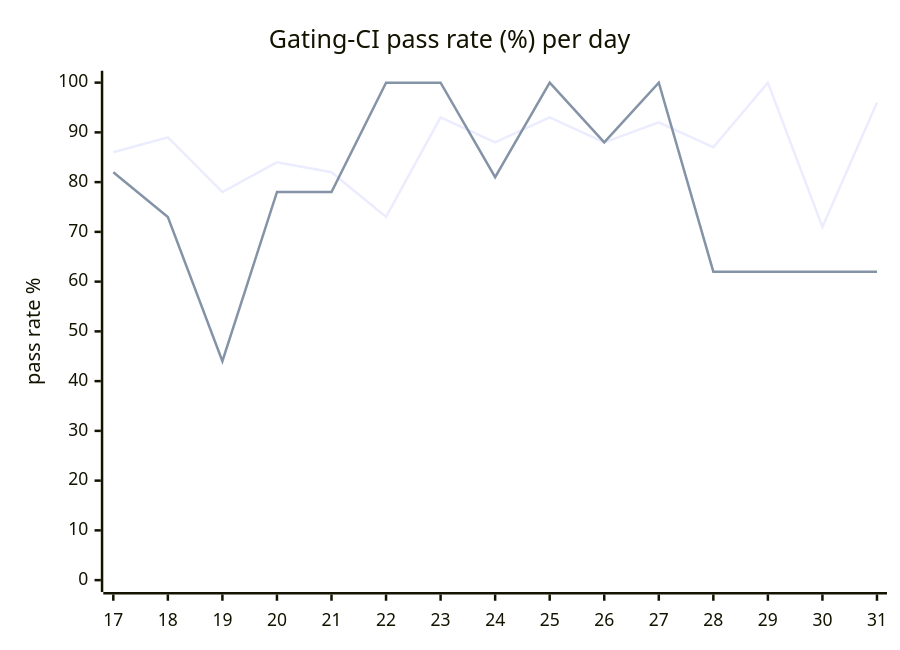
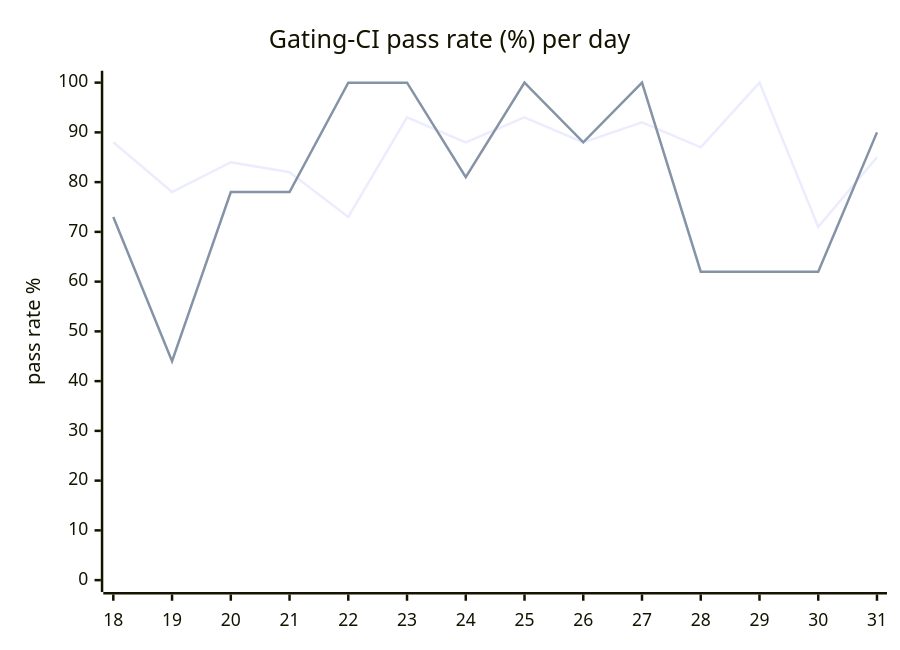
The diagram in hack/ci/ci-dashboard/staging/issue.md (hatchet-dev/hatchet), drawn with Mermaid before and after one commit. The commit also changed other lines of this file, not shown here.

````diff
--- a/hack/ci/ci-dashboard/staging/issue.md
+++ b/hack/ci/ci-dashboard/staging/issue.md
@@ -9,8 +9,8 @@
 ```mermaid
 xychart-beta
   title "Gating-CI pass rate (%) per day"
-  x-axis [17, 18, 19, 20, 21, 22, 23, 24, 25, 26, 27, 28, 29, 30, 31]
+  x-axis [18, 19, 20, 21, 22, 23, 24, 25, 26, 27, 28, 29, 30, 31]
   y-axis "pass rate %" 0 --> 100
-  line "CI" [86, 89, 78, 84, 82, 73, 93, 88, 93, 88, 92, 87, 100, 71, 96]
-  line "main" [82, 73, 44, 78, 78, 100, 100, 81, 100, 88, 100, 62, 62, 62, 62]
+  line "CI" [88, 78, 84, 82, 73, 93, 88, 93, 88, 92, 87, 100, 71, 85]
+  line "main" [73, 44, 78, 78, 100, 100, 81, 100, 88, 100, 62, 62, 62, 90]
 ```
````
